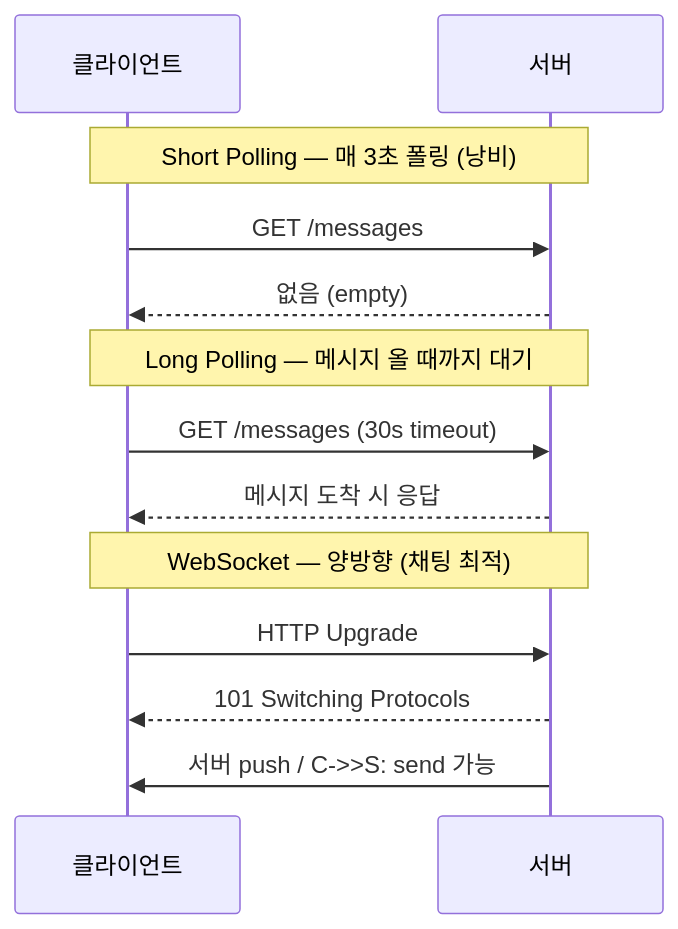
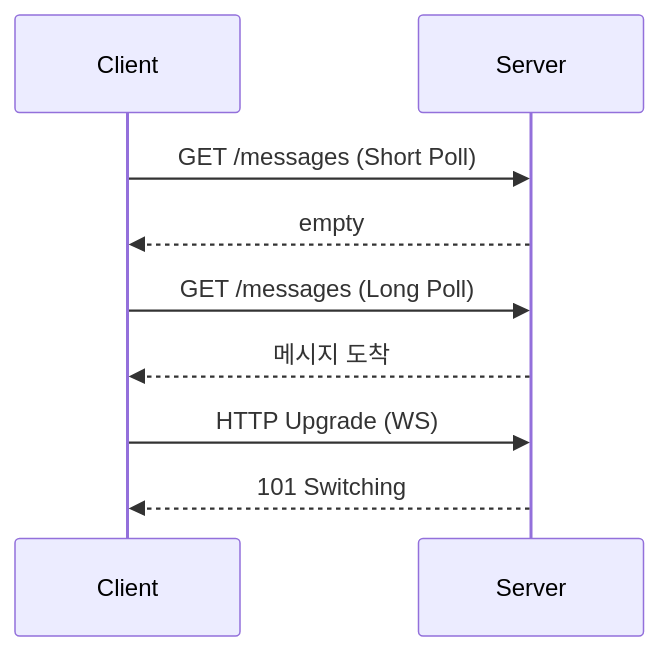
The first of 9 diagrams in _posts/systemdesign/2026-05-02-system-design-chat.md (yjkim2015/yjkim2015.github.io), drawn with Mermaid before and after one commit. The commit also changed other lines of this file and 155 other files, not shown here.

First line of the commit message:
Mermaid 전면 수정: subgraph 제거, participant/노드/줄수 축소 (342블록)

````diff
--- a/_posts/systemdesign/2026-05-02-system-design-chat.md
+++ b/_posts/systemdesign/2026-05-02-system-design-chat.md
@@ -69,15 +69,11 @@
 ```mermaid
 sequenceDiagram
-    participant C as 클라이언트
-    participant S as 서버
-    Note over C,S: Short Polling — 매 3초 폴링 (낭비)
-    C->>S: GET /messages
-    S-->>C: 없음 (empty)
-    Note over C,S: Long Polling — 메시지 올 때까지 대기
-    C->>S: GET /messages (30s timeout)
-    S-->>C: 메시지 도착 시 응답
-    Note over C,S: WebSocket — 양방향 (채팅 최적)
-    C->>S: HTTP Upgrade
-    S-->>C: 101 Switching Protocols
-    S->>C: 서버 push / C->>S: send 가능
+    participant C as Client
+    participant S as Server
+    C->>S: GET /messages (Short Poll)
+    S-->>C: empty
+    C->>S: GET /messages (Long Poll)
+    S-->>C: 메시지 도착
+    C->>S: HTTP Upgrade (WS)
+    S-->>C: 101 Switching
 ```
````
